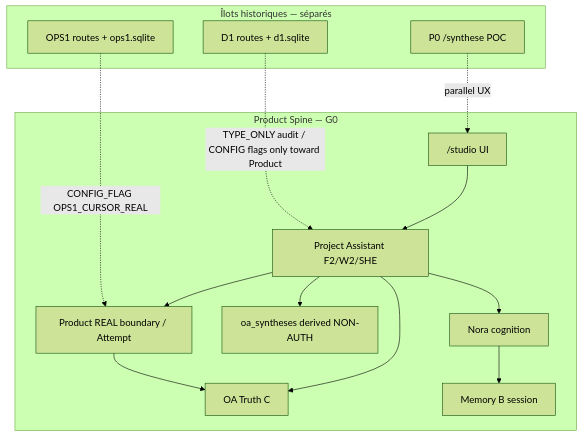
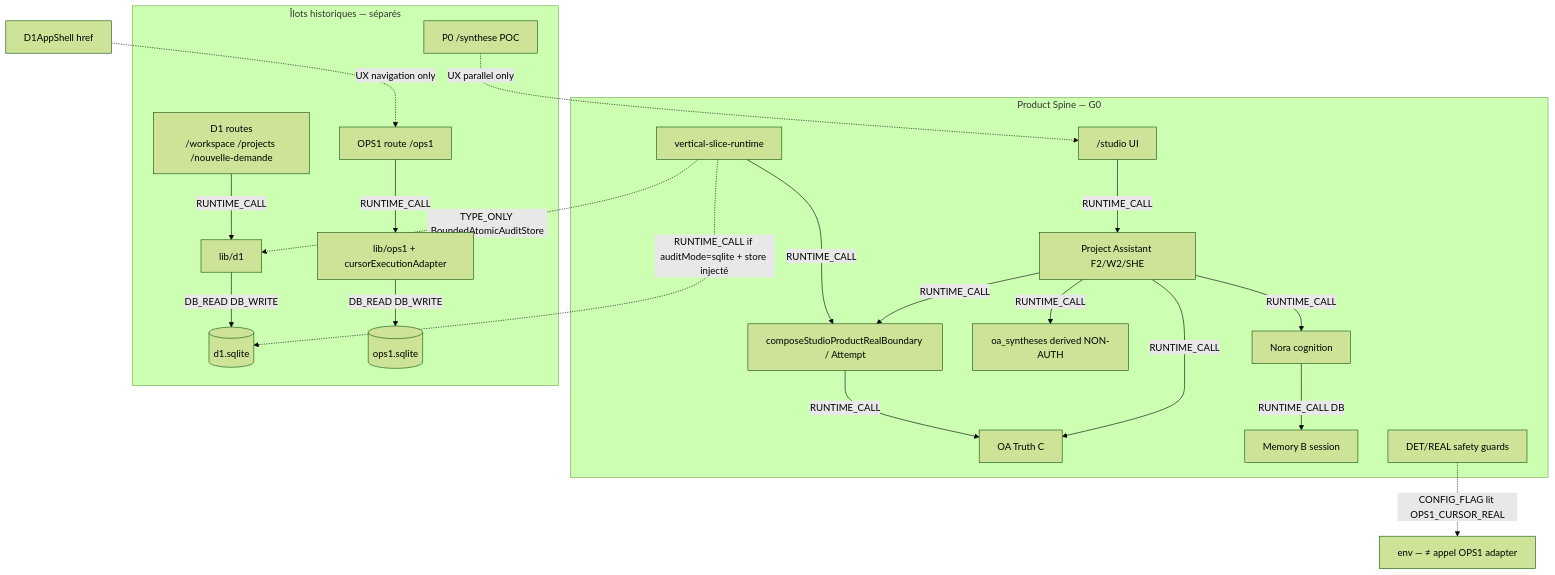
The first of 3 diagrams in sfia-review-handoff/latest-chatgpt-review.md (mcleland147/sfia-workspace), drawn with Mermaid (forest theme) before and after one commit. The commit also changed other lines of this file, not shown here.

````diff
--- a/sfia-review-handoff/latest-chatgpt-review.md
+++ b/sfia-review-handoff/latest-chatgpt-review.md
@@ -179,27 +154,40 @@
 ```mermaid
 flowchart TB
   subgraph Product["Product Spine — G0"]
     Studio["/studio UI"]
     PA[Project Assistant F2/W2/SHE]
     Nora[Nora cognition]
     OA[OA Truth C]
     SYN[oa_syntheses derived NON-AUTH]
     MemB[Memory B session]
-    REAL[Product REAL boundary / Attempt]
+    VSR[vertical-slice-runtime]
+    REAL[composeStudioProductRealBoundary / Attempt]
+    Safety[DET/REAL safety guards]
   end
   subgraph Islands["Îlots historiques — séparés"]
-    D1[D1 routes + d1.sqlite]
-    OPS1[OPS1 routes + ops1.sqlite]
+    D1Routes["D1 routes<br/>/workspace /projects /nouvelle-demande"]
+    D1Svc[lib/d1]
+    D1DB[(d1.sqlite)]
+    OPS1Routes["OPS1 route /ops1"]
+    OPS1Svc[lib/ops1 + cursorExecutionAdapter]
+    OPS1DB[(ops1.sqlite)]
     P0[P0 /synthese POC]
   end
-  Studio --> PA
-  PA --> OA
-  PA --> Nora
-  Nora --> MemB
-  PA --> SYN
-  PA --> REAL
-  REAL --> OA
-  D1 -.->|TYPE_ONLY audit / CONFIG flags only toward Product| PA
-  OPS1 -.->|CONFIG_FLAG OPS1_CURSOR_REAL| REAL
-  P0 -.->|parallel UX| Studio
+  Studio -->|RUNTIME_CALL| PA
+  PA -->|RUNTIME_CALL| OA
+  PA -->|RUNTIME_CALL| Nora
+  Nora -->|RUNTIME_CALL DB| MemB
+  PA -->|RUNTIME_CALL| SYN
+  PA -->|RUNTIME_CALL| REAL
+  VSR -->|RUNTIME_CALL| REAL
+  REAL -->|RUNTIME_CALL| OA
+  D1Routes -->|RUNTIME_CALL| D1Svc
+  D1Svc -->|DB_READ DB_WRITE| D1DB
+  OPS1Routes -->|RUNTIME_CALL| OPS1Svc
+  OPS1Svc -->|DB_READ DB_WRITE| OPS1DB
+  VSR -.->|TYPE_ONLY BoundedAtomicAuditStore| D1Svc
+  VSR -.->|RUNTIME_CALL if auditMode=sqlite + store injecté| D1DB
+  Safety -.->|CONFIG_FLAG lit OPS1_CURSOR_REAL| EnvFlag[env — ≠ appel OPS1 adapter]
+  P0 -.->|UX parallel only| Studio
+  D1Nav[D1AppShell href] -.->|UX navigation only| OPS1Routes
 ```
````
